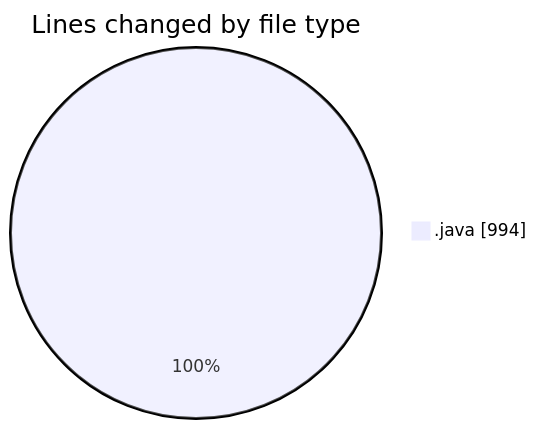
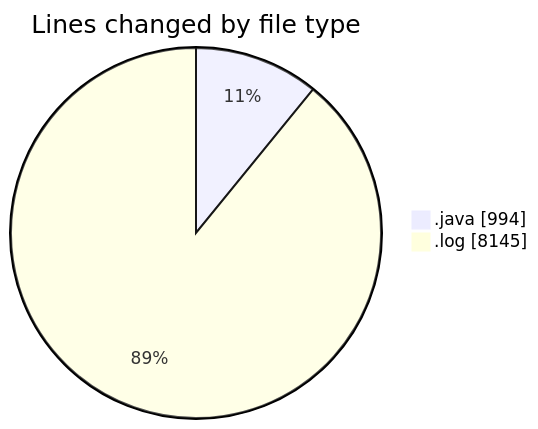
The first of 2 diagrams in 2026-04-07/cilapp/README.md (ricardozamudiocil/code-tracking), drawn with Mermaid before and after one commit. The commit also changed other lines of this file and 1 other file, not shown here.

````diff
--- a/2026-04-07/cilapp/README.md
+++ b/2026-04-07/cilapp/README.md
@@ -22,5 +23,6 @@
 ```mermaid
 pie showData
 title Lines changed by file type
 ".java" : 994
+".log" : 8145
 ```
````
